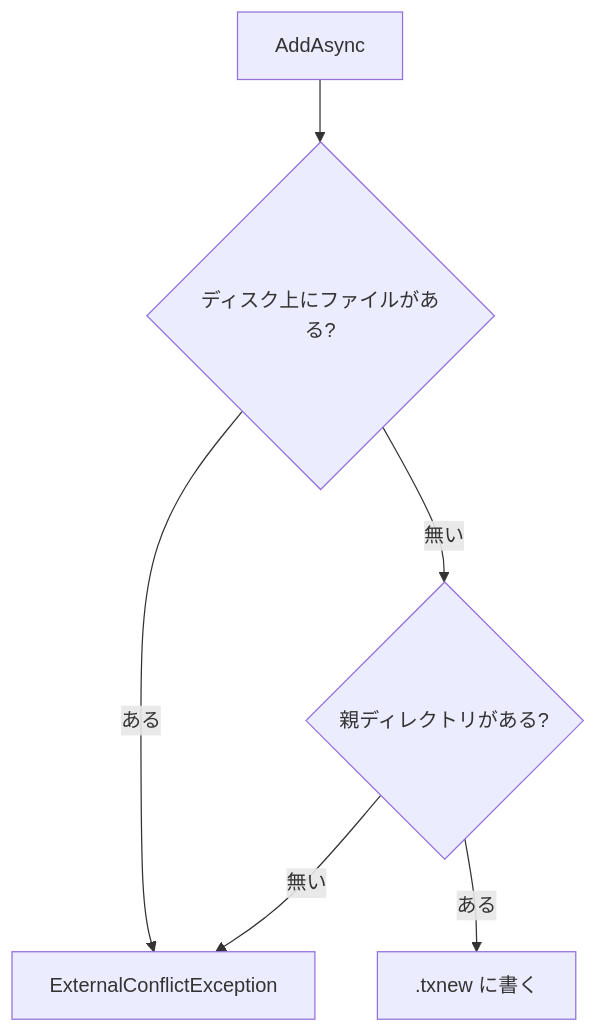
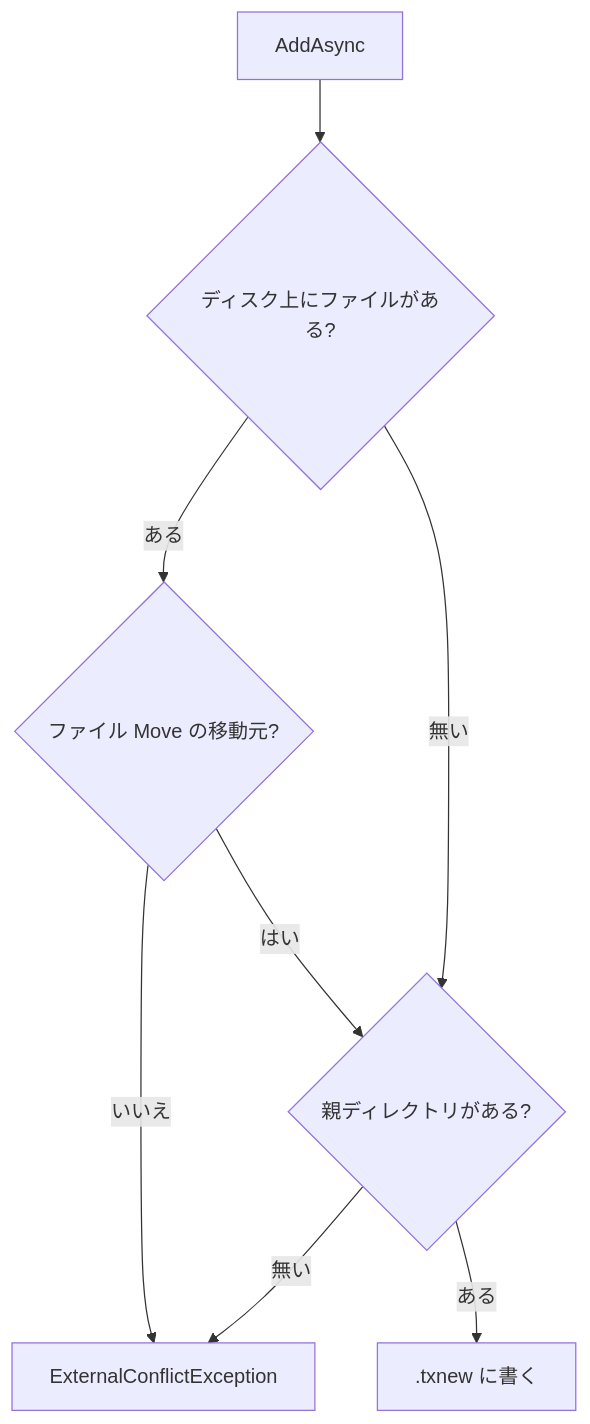
The third of 15 diagrams in README.md (YUKIKEDA/Txfio), drawn with Mermaid before and after one commit. The commit also changed other lines of this file and 9 other files, not shown here.

````diff
--- a/README.md
+++ b/README.md
@@ -181,8 +181,10 @@
 ```mermaid
 flowchart TD
   add["AddAsync"] --> exists{"ディスク上にファイルがある?"}
-  exists -->|ある| ext["ExternalConflictException"]
-  exists -->|無い| parent{"親ディレクトリがある?"}
+  exists -->|ある| moved{"ファイル Move の移動元?"}
+  moved -->|いいえ| ext["ExternalConflictException"]
+  moved -->|はい| parent{"親ディレクトリがある?"}
+  exists -->|無い| parent
   parent -->|無い| ext
   parent -->|ある| ok[".txnew に書く"]
 ```
````
